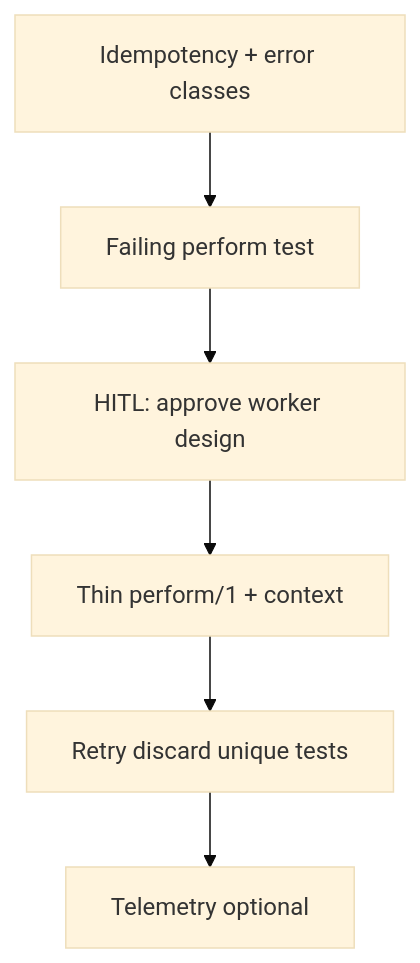
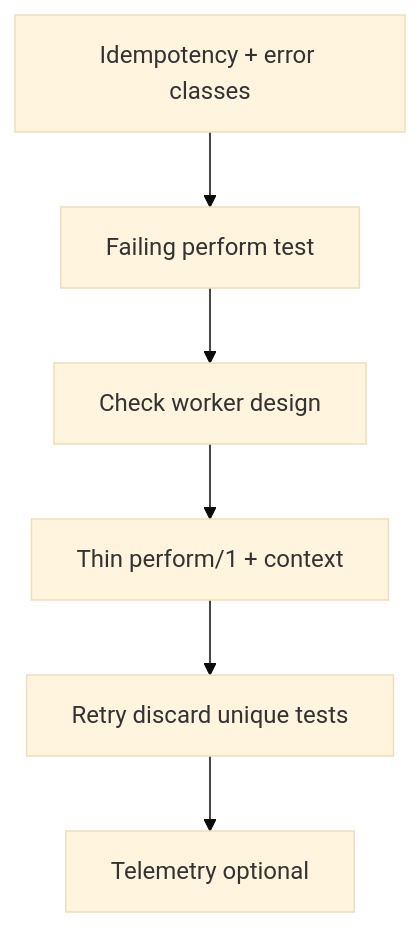
One commit to igmarin/elixir-phoenix-skills changed the diagram in skills/background-job/SKILL.md. Above: the diagram before and after it, drawn with Mermaid (base theme). The commit also changed other lines of this file and 17 other files, not shown here.

````diff
--- a/skills/background-job/SKILL.md
+++ b/skills/background-job/SKILL.md
@@ -50,8 +50,8 @@
 ```mermaid
 flowchart TD
   A[Idempotency + error classes] --> B[Failing perform test]
-  B --> C[HITL: approve worker design]
+  B --> C[Check worker design]
   C --> D[Thin perform/1 + context]
   D --> E[Retry discard unique tests]
   E --> F[Telemetry optional]
 ```
````
